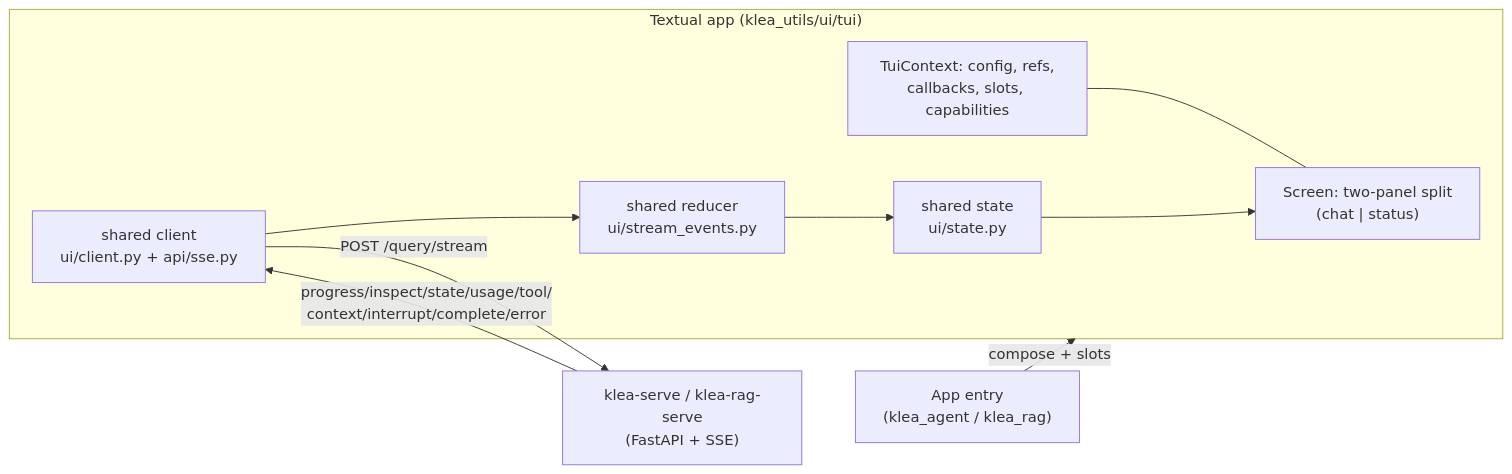
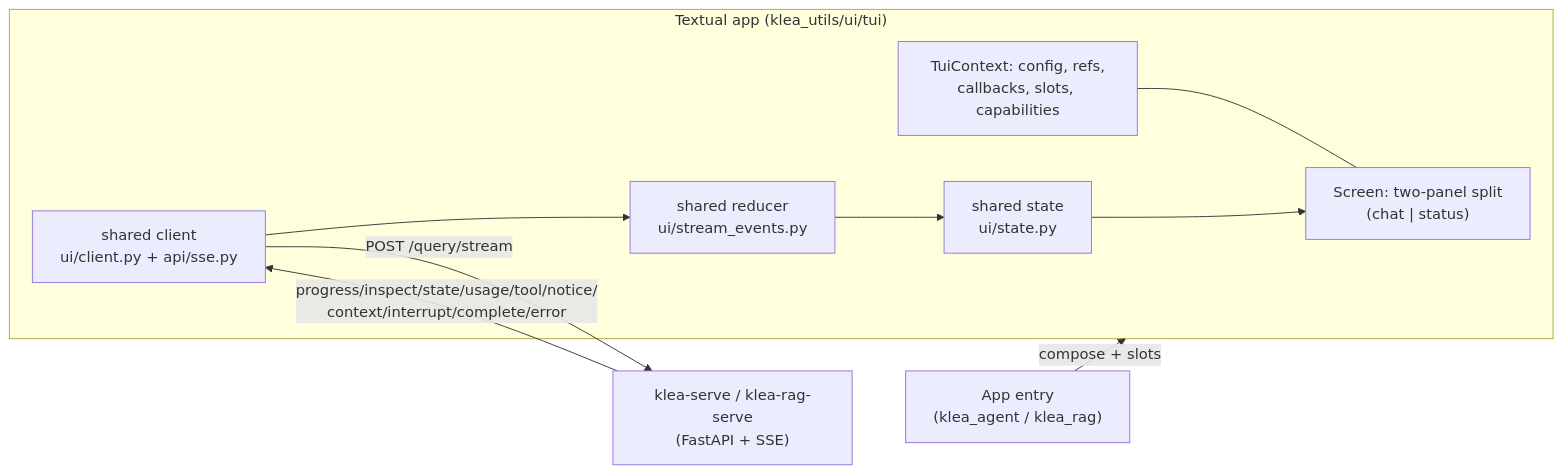
The diagram in devdocs/system/tui.md (NeuroML/klea), drawn with Mermaid before and after one commit. The commit also changed other lines of this file and 9 other files, not shown here.

````diff
--- a/devdocs/system/tui.md
+++ b/devdocs/system/tui.md
@@ -34,18 +34,18 @@
 ```mermaid
 flowchart LR
     subgraph TUI["Textual app (klea_utils/ui/tui)"]
         SCREEN["Screen: two-panel split\n(chat | status)"]
         CTX["TuiContext: config, refs,\ncallbacks, slots, capabilities"]
         REDUCER["shared reducer\nui/stream_events.py"]
         STATE["shared state\nui/state.py"]
         CLIENT["shared client\nui/client.py + api/sse.py"]
     end
     SERVER["klea-serve / klea-rag-serve\n(FastAPI + SSE)"]
     APP["App entry\n(klea_agent / klea_rag)"]
 
     APP -- "compose + slots" --> TUI
     CTX --- SCREEN
     CLIENT -- "POST /query/stream" --> SERVER
-    SERVER -- "progress/inspect/state/usage/tool/\ncontext/interrupt/complete/error" --> CLIENT
+    SERVER -- "progress/inspect/state/usage/tool/notice/\ncontext/interrupt/complete/error" --> CLIENT
     CLIENT --> REDUCER --> STATE --> SCREEN
 ```
````
